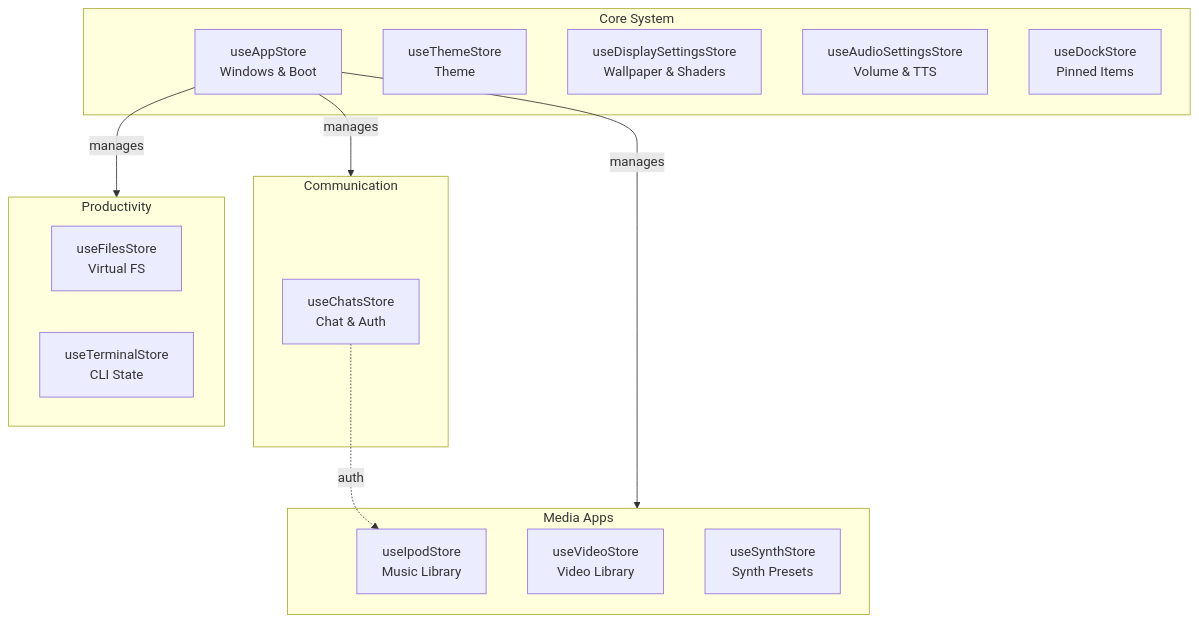
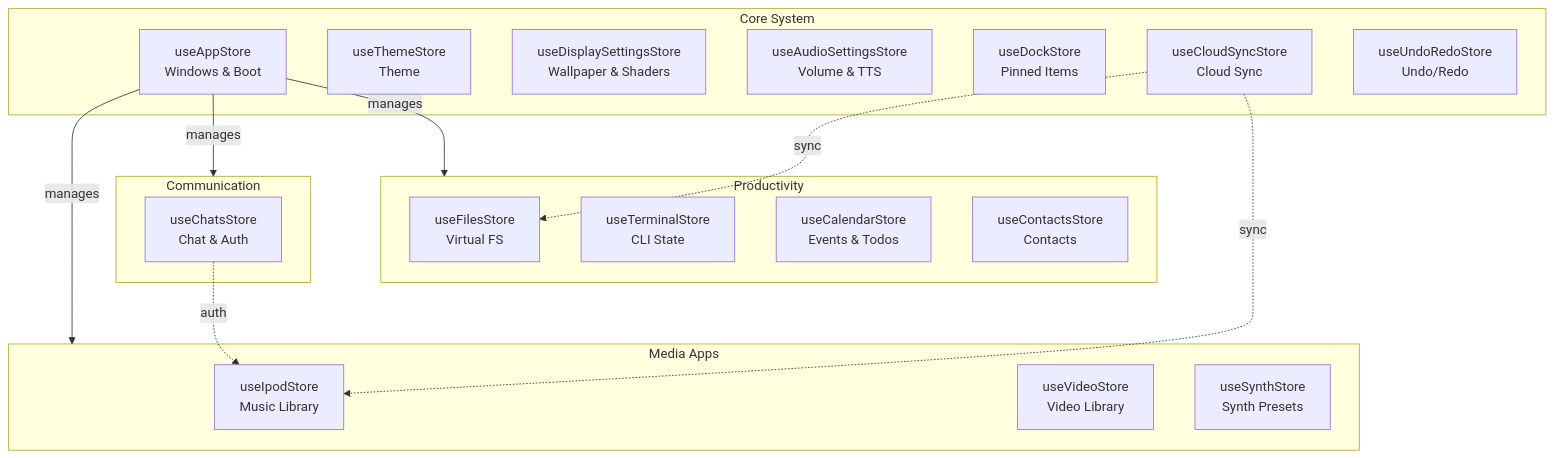
Before and after one commit to ryokun6/ryos: the second of 6 diagrams in docs/3.2-state-management.md, drawn with Mermaid. The commit also changed other lines of this file and 5 other files, not shown here.

````diff
--- a/docs/3.2-state-management.md
+++ b/docs/3.2-state-management.md
@@ -99,30 +105,36 @@
 ```mermaid
 graph TD
     subgraph Core["Core System"]
         AppStore[useAppStore<br/>Windows & Boot]
         ThemeStore[useThemeStore<br/>Theme]
         DisplayStore[useDisplaySettingsStore<br/>Wallpaper & Shaders]
         AudioStore[useAudioSettingsStore<br/>Volume & TTS]
         DockStore[useDockStore<br/>Pinned Items]
+        CloudStore[useCloudSyncStore<br/>Cloud Sync]
+        UndoStore[useUndoRedoStore<br/>Undo/Redo]
     end
 
     subgraph Media["Media Apps"]
         IpodStore[useIpodStore<br/>Music Library]
         VideoStore[useVideoStore<br/>Video Library]
         SynthStore[useSynthStore<br/>Synth Presets]
     end
 
     subgraph Social["Communication"]
         ChatsStore[useChatsStore<br/>Chat & Auth]
     end
 
     subgraph Productivity["Productivity"]
         FilesStore[useFilesStore<br/>Virtual FS]
         TerminalStore[useTerminalStore<br/>CLI State]
+        CalendarStore[useCalendarStore<br/>Events & Todos]
+        ContactsStore[useContactsStore<br/>Contacts]
     end
 
     AppStore --> |manages| Media
     AppStore --> |manages| Social
     AppStore --> |manages| Productivity
     ChatsStore -.-> |auth| IpodStore
+    CloudStore -.-> |sync| FilesStore
+    CloudStore -.-> |sync| IpodStore
 ```
````
